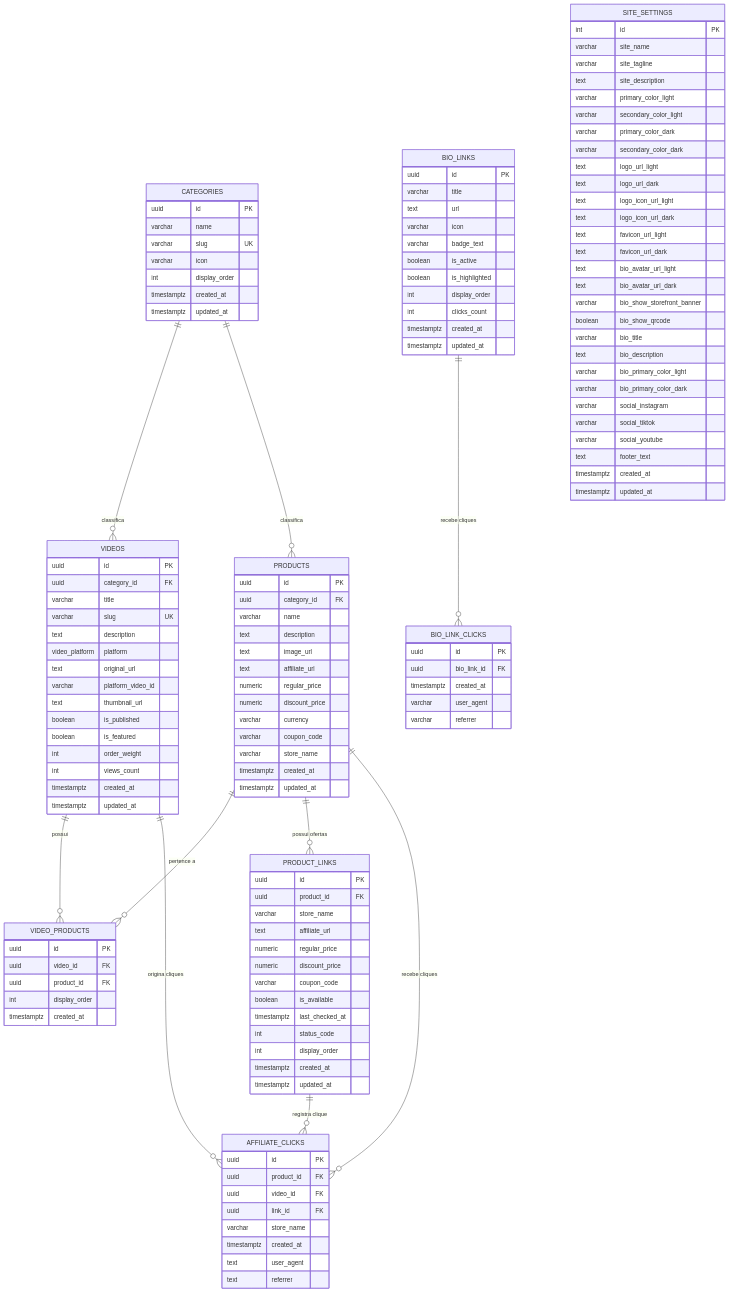
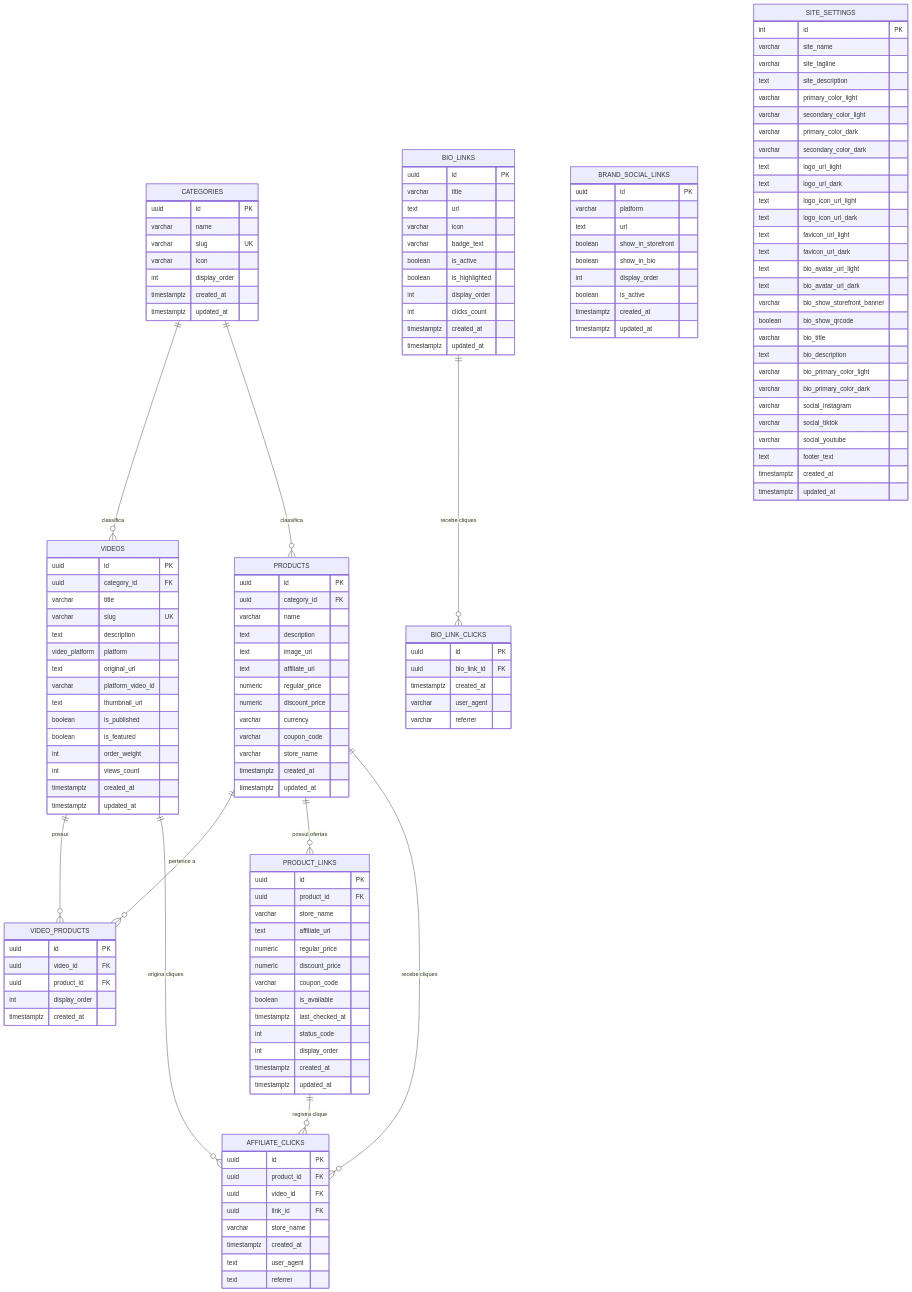
Before and after one commit to TheCheepeer/Promocuts: the diagram in docs/DATABASE.md, drawn with Mermaid. The commit also changed other lines of this file and 25 other files, not shown here.

```diff
--- a/docs/DATABASE.md
+++ b/docs/DATABASE.md
@@ -17,6 +17,18 @@
     VIDEOS ||--o{ AFFILIATE_CLICKS : "origina cliques"
     PRODUCT_LINKS ||--o{ AFFILIATE_CLICKS : "registra clique"
     BIO_LINKS ||--o{ BIO_LINK_CLICKS : "recebe cliques"
+
+    BRAND_SOCIAL_LINKS {
+        uuid id PK
+        varchar platform
+        text url
+        boolean show_in_storefront
+        boolean show_in_bio
+        int display_order
+        boolean is_active
+        timestamptz created_at
+        timestamptz updated_at
+    }
 
     BIO_LINKS {
         uuid id PK
```
